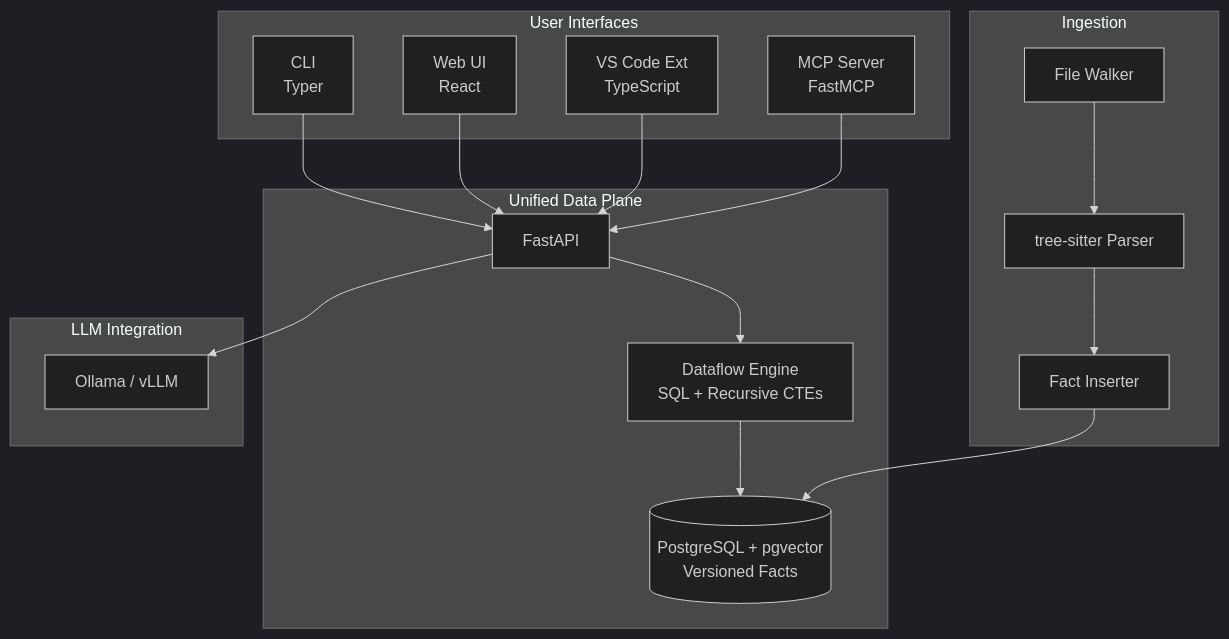
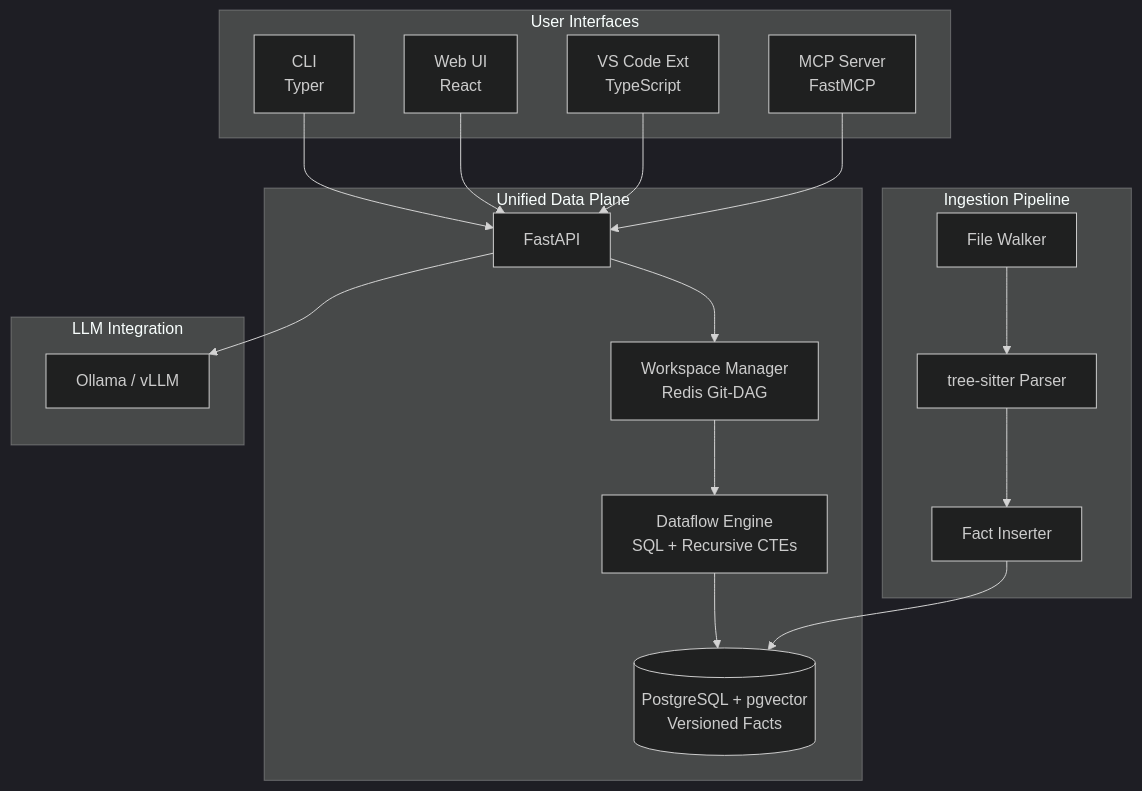
Before and after one commit to bmrtech-oss/code-intel: the first of 3 diagrams in docs/code-intel-design.md, drawn with Mermaid (dark theme). The commit also changed other lines of this file and 4 other files, not shown here.

````diff
--- a/docs/code-intel-design.md
+++ b/docs/code-intel-design.md
@@ -27,34 +27,36 @@
 ```mermaid
 graph TB
     subgraph "User Interfaces"
         CLI[CLI<br/>Typer]
         WebUI[Web UI<br/>React]
         VSCode[VS Code Ext<br/>TypeScript]
         MCP[MCP Server<br/>FastMCP]
     end
 
     subgraph "Unified Data Plane"
         API[FastAPI]
+        WS[Workspace Manager<br/>Redis Git-DAG]
         Engine[Dataflow Engine<br/>SQL + Recursive CTEs]
         Store[(PostgreSQL + pgvector<br/>Versioned Facts)]
     end
 
-    subgraph "Ingestion"
+    subgraph "Ingestion Pipeline"
         Walker[File Walker]
-        Parser[tree‑sitter Parser]
+        Parser[tree-sitter Parser]
         FactInserter[Fact Inserter]
     end
 
     subgraph "LLM Integration"
         Ollama[Ollama / vLLM]
     end
 
     CLI --> API
     WebUI --> API
     VSCode --> API
     MCP --> API
-    API --> Engine
+    API --> WS
+    WS --> Engine
     Engine --> Store
     Walker --> Parser --> FactInserter --> Store
     API --> Ollama
 ```
````
